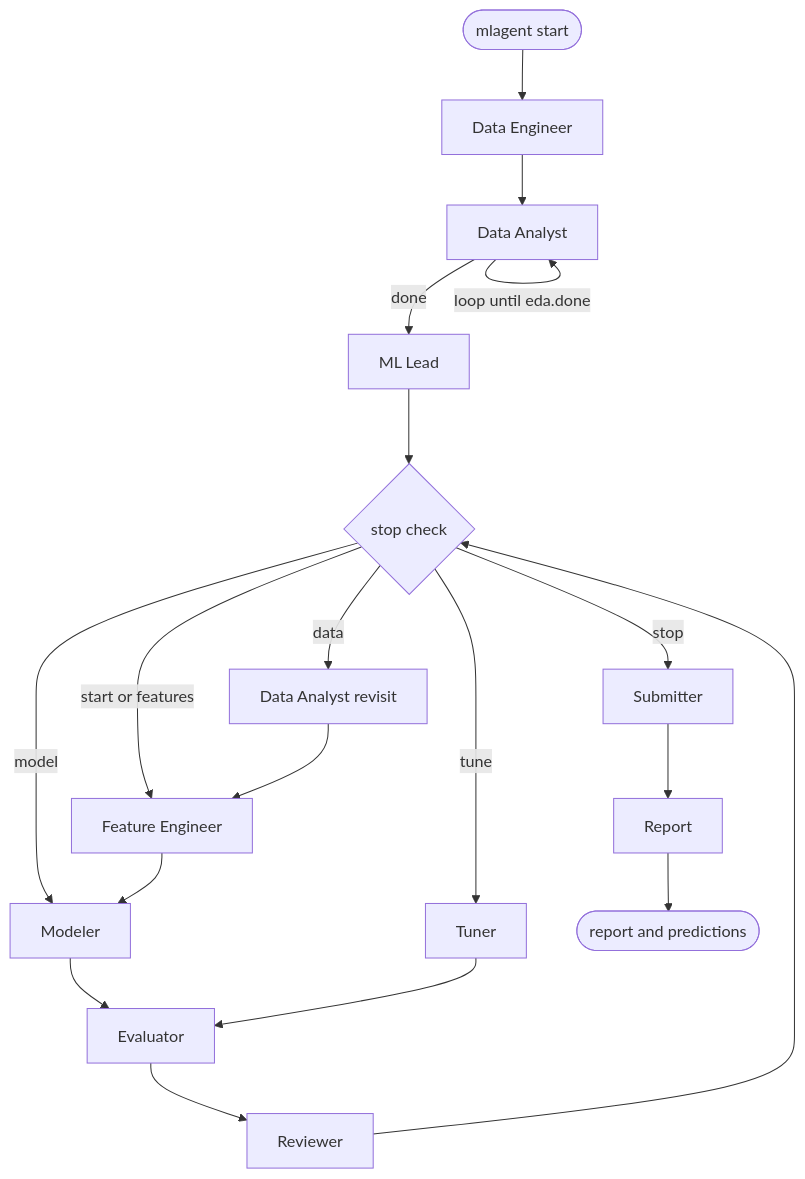
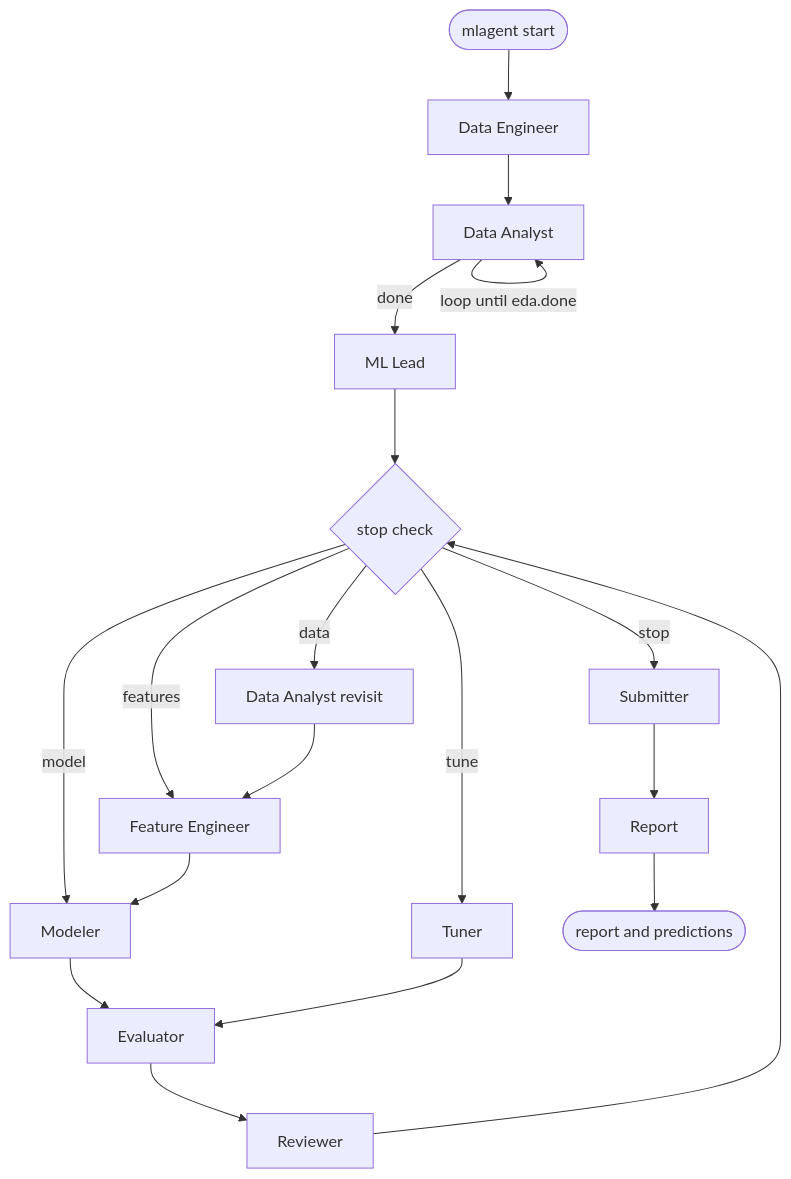
Before and after one commit to Gurumurthy30/mlagent: the diagram in README.md, drawn with Mermaid. The commit also changed other lines of this file and 11 other files, not shown here.

````diff
--- a/README.md
+++ b/README.md
@@ -267,16 +163,16 @@
 ```mermaid
 flowchart TD
   A([mlagent start]) --> DE[Data Engineer] --> DA[Data Analyst]
   DA -->|loop until eda.done| DA
   DA -->|done| ML[ML Lead] --> SC{stop check}
-  SC -->|start or features| FE[Feature Engineer]
+  SC -->|features| FE[Feature Engineer]
   SC -->|model| M[Modeler]
   SC -->|tune| T[Tuner]
   SC -->|data| DR[Data Analyst revisit]
   FE --> M
   DR --> FE
   M --> E[Evaluator]
   T --> E
   E --> R[Reviewer] --> SC
   SC -->|stop| S[Submitter] --> RP[Report] --> Z([report and predictions])
 ```
````
